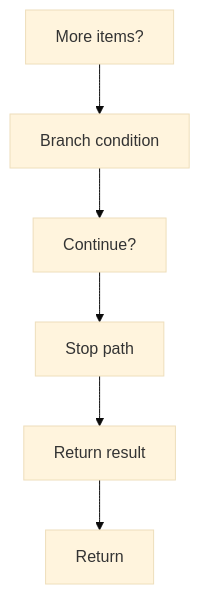
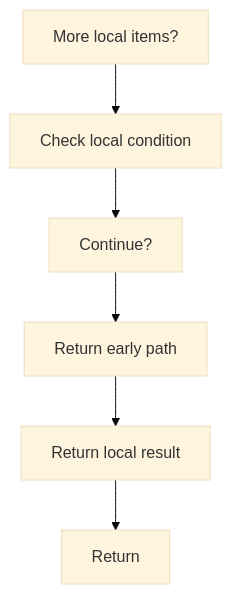
One commit to JohnAndrewBalbarosa/NeoTerritory changed the tenth of 10 diagrams in docs/Codebase/Microservice/Modules/Source/Trees/ClassGeneration/Actual/Internal/registry.cpp.md. Above: the diagram before and after it, drawn with Mermaid (base theme). The commit also changed other lines of this file and 915 other files, not shown here.

````diff
--- a/docs/Codebase/Microservice/Modules/Source/Trees/ClassGeneration/Actual/Internal/registry.cpp.md
+++ b/docs/Codebase/Microservice/Modules/Source/Trees/ClassGeneration/Actual/Internal/registry.cpp.md
@@ -307,14 +306,14 @@
 ```mermaid
 flowchart TD
-    N0["More items?"]
-    N1["Branch condition"]
+    N0["More local items?"]
+    N1["Check local condition"]
     N2["Continue?"]
-    N3["Stop path"]
-    N4["Return result"]
+    N3["Return early path"]
+    N4["Return local result"]
     N5["Return"]
     N0 --> N1
     N1 --> N2
     N2 --> N3
     N3 --> N4
     N4 --> N5
 ```
````
